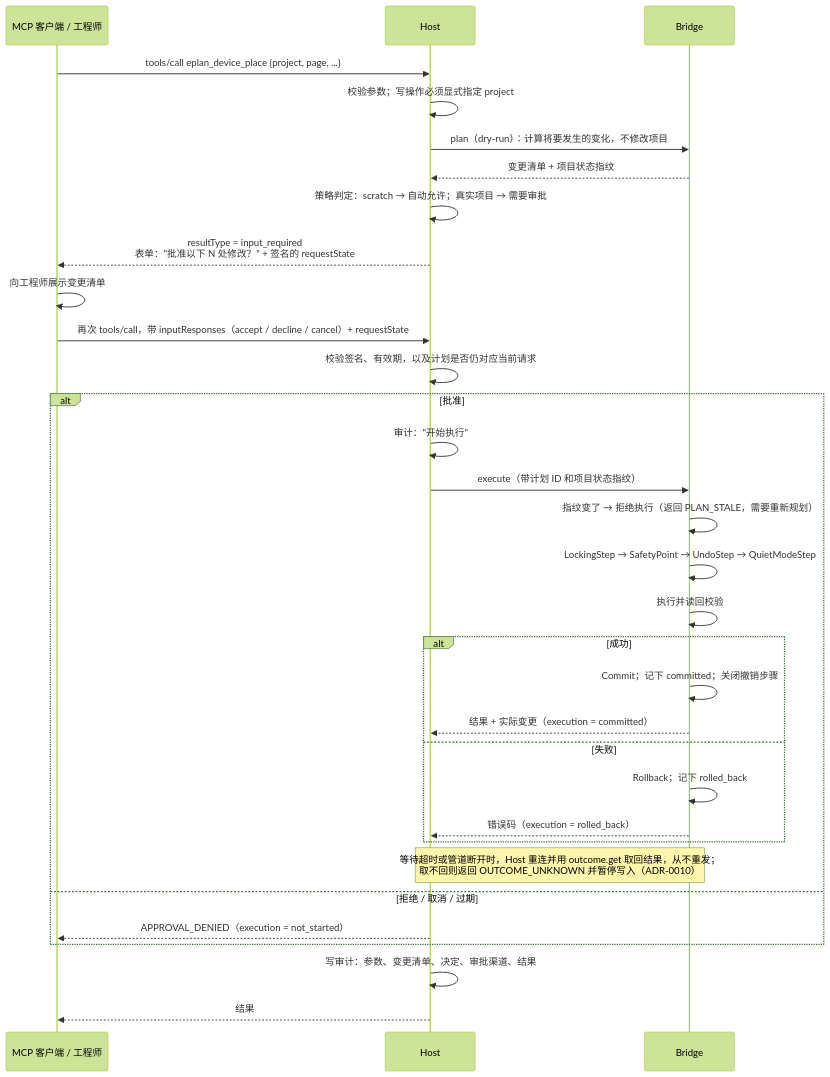
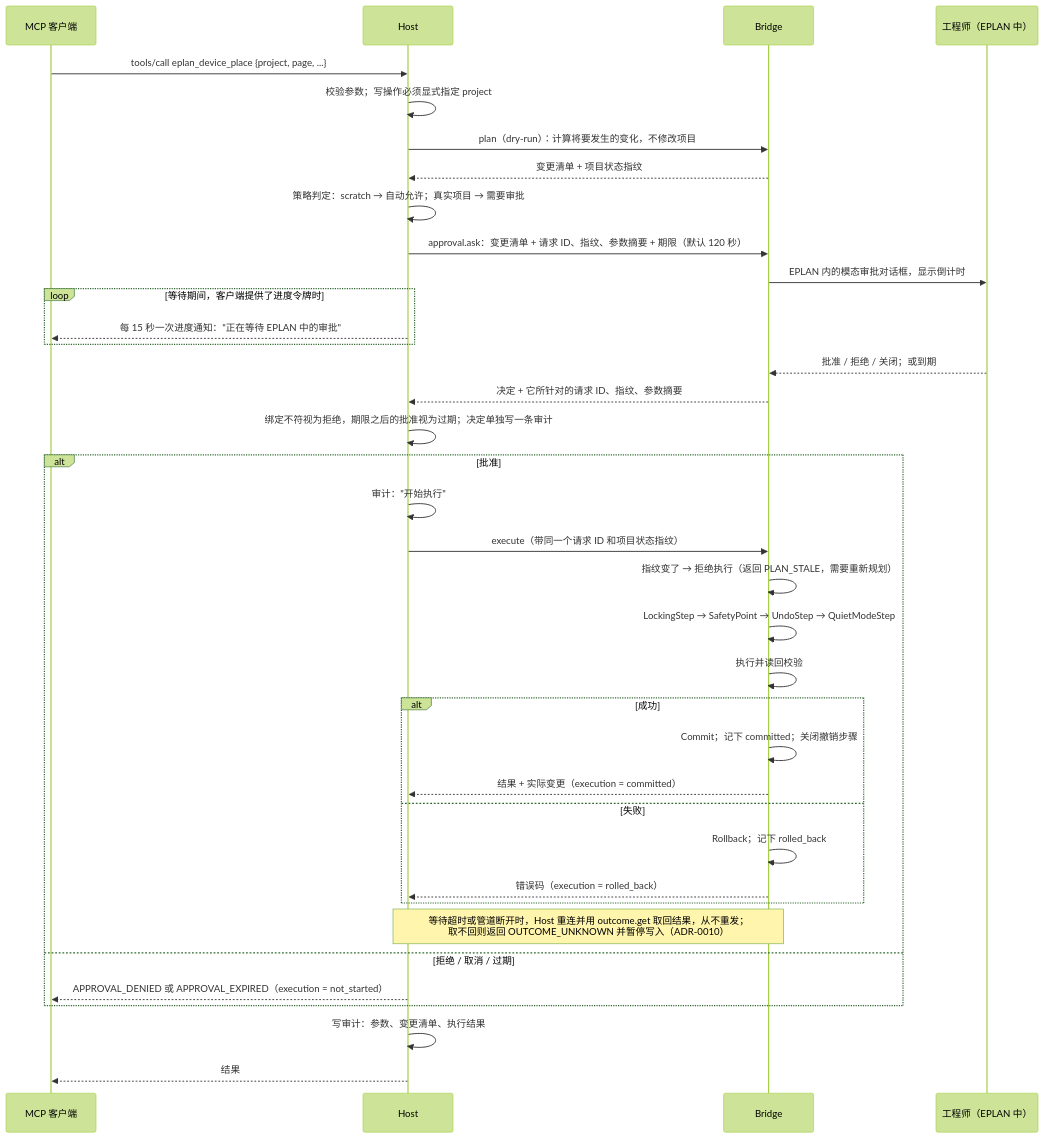
Before and after one commit to asckye/eplan-mcp: the sixth of 6 diagrams in docs/architecture/architecture.md, drawn with Mermaid (forest theme). The commit also changed other lines of this file and 7 other files, not shown here.

````diff
--- a/docs/architecture/architecture.md
+++ b/docs/architecture/architecture.md
@@ -271,34 +271,39 @@
 ```mermaid
 sequenceDiagram
-    participant C as MCP 客户端 / 工程师
+    participant C as MCP 客户端
     participant H as Host
     participant B as Bridge
+    participant E as 工程师（EPLAN 中）
     C->>H: tools/call eplan_device_place {project, page, ...}
     H->>H: 校验参数；写操作必须显式指定 project
     H->>B: plan（dry-run）：计算将要发生的变化，不修改项目
     B-->>H: 变更清单 + 项目状态指纹
     H->>H: 策略判定：scratch → 自动允许；真实项目 → 需要审批
-    H-->>C: resultType = input_required<br/>表单："批准以下 N 处修改？" + 签名的 requestState
-    C->>C: 向工程师展示变更清单
-    C->>H: 再次 tools/call，带 inputResponses（accept / decline / cancel）+ requestState
-    H->>H: 校验签名、有效期，以及计划是否仍对应当前请求
+    H->>B: approval.ask：变更清单 + 请求 ID、指纹、参数摘要 + 期限（默认 120 秒）
+    B->>E: EPLAN 内的模态审批对话框，显示倒计时
+    loop 等待期间，客户端提供了进度令牌时
+        H-->>C: 每 15 秒一次进度通知："正在等待 EPLAN 中的审批"
+    end
+    E-->>B: 批准 / 拒绝 / 关闭；或到期
+    B-->>H: 决定 + 它所针对的请求 ID、指纹、参数摘要
+    H->>H: 绑定不符视为拒绝，期限之后的批准视为过期；决定单独写一条审计
     alt 批准
         H->>H: 审计："开始执行"
-        H->>B: execute（带计划 ID 和项目状态指纹）
+        H->>B: execute（带同一个请求 ID 和项目状态指纹）
         B->>B: 指纹变了 → 拒绝执行（返回 PLAN_STALE，需要重新规划）
         B->>B: LockingStep → SafetyPoint → UndoStep → QuietModeStep
         B->>B: 执行并读回校验
         alt 成功
             B->>B: Commit；记下 committed；关闭撤销步骤
             B-->>H: 结果 + 实际变更（execution = committed）
         else 失败
             B->>B: Rollback；记下 rolled_back
             B-->>H: 错误码（execution = rolled_back）
         end
         Note over H,B: 等待超时或管道断开时，Host 重连并用 outcome.get 取回结果，从不重发；<br/>取不回则返回 OUTCOME_UNKNOWN 并暂停写入（ADR-0010）
     else 拒绝 / 取消 / 过期
-        H-->>C: APPROVAL_DENIED（execution = not_started）
+        H-->>C: APPROVAL_DENIED 或 APPROVAL_EXPIRED（execution = not_started）
     end
-    H->>H: 写审计：参数、变更清单、决定、审批渠道、结果
+    H->>H: 写审计：参数、变更清单、执行结果
     H-->>C: 结果
 ```
````
